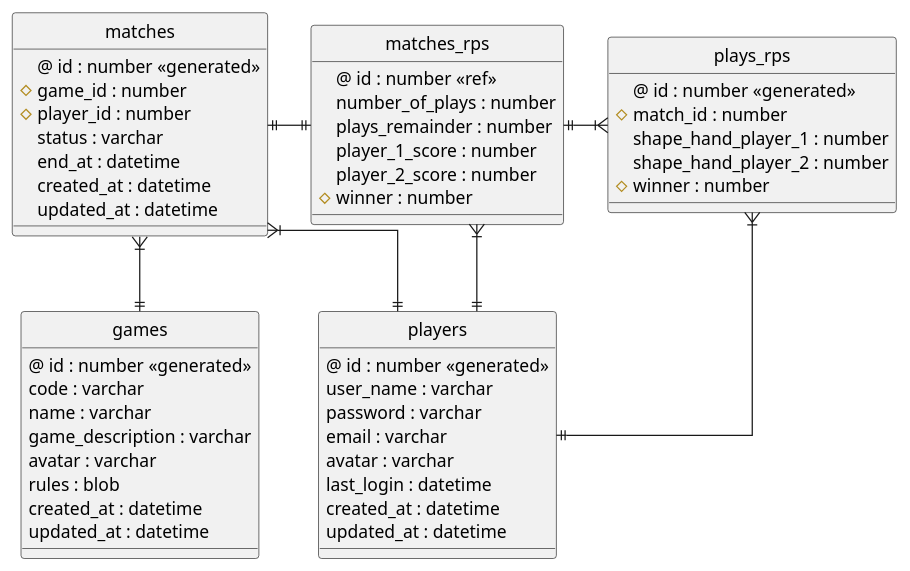
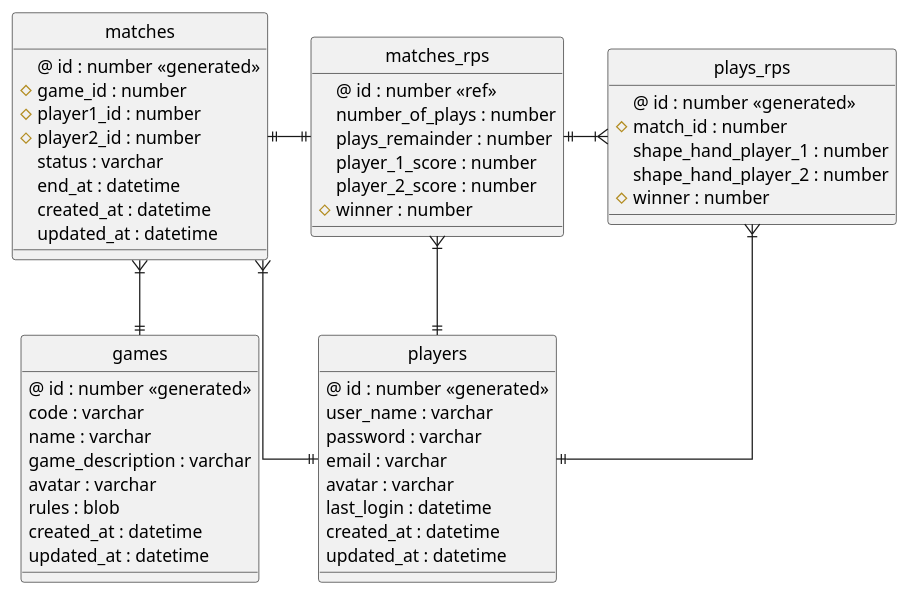
One commit to moliva177/myFirstSpringApiRest changed the diagram in docs/diagrams/model/der.puml. Above: the diagram before and after it, drawn with PlantUML. The commit also changed 20 other files, not shown here.

```diff
--- a/docs/diagrams/model/der.puml
+++ b/docs/diagrams/model/der.puml
@@ -1,65 +1,66 @@
 @startuml
 
 ' hide the spot
 hide circle
 
 ' avoid problems with angled crows feet
 skinparam linetype ortho
 
 entity "players"{
     @ id : number <<generated>>
     user_name : varchar
     password : varchar
     email : varchar
     avatar : varchar
     last_login : datetime
     created_at : datetime
     updated_at : datetime
 }
 
 entity "games" {
     @ id : number <<generated>>
     code : varchar
     name : varchar
     game_description : varchar
     avatar : varchar
     rules : blob
     created_at : datetime
     updated_at : datetime
 }
 
 entity "matches" {
     @ id : number <<generated>>
     # game_id : number
-    # player_id : number
+    # player1_id : number
+    # player2_id : number
     status : varchar
     end_at : datetime
     created_at : datetime
     updated_at : datetime
 }
 
 entity "matches_rps" {
     @ id : number <<ref>>
     number_of_plays : number
     plays_remainder : number
     player_1_score : number
     player_2_score : number
     # winner : number
 }
 
 entity "plays_rps" {
     @ id : number <<generated>>
     # match_id : number
     shape_hand_player_1 : number
     shape_hand_player_2 : number
     # winner : number
 }
 
 "matches" }|--|| "players"
 "matches" }|--|| "games"
 "matches" ||-|| "matches_rps"
 "matches_rps" ||-|{ "plays_rps"
 "matches_rps" }|--|| "players"
 "plays_rps" }|--|| "players"
 
 @enduml
```
